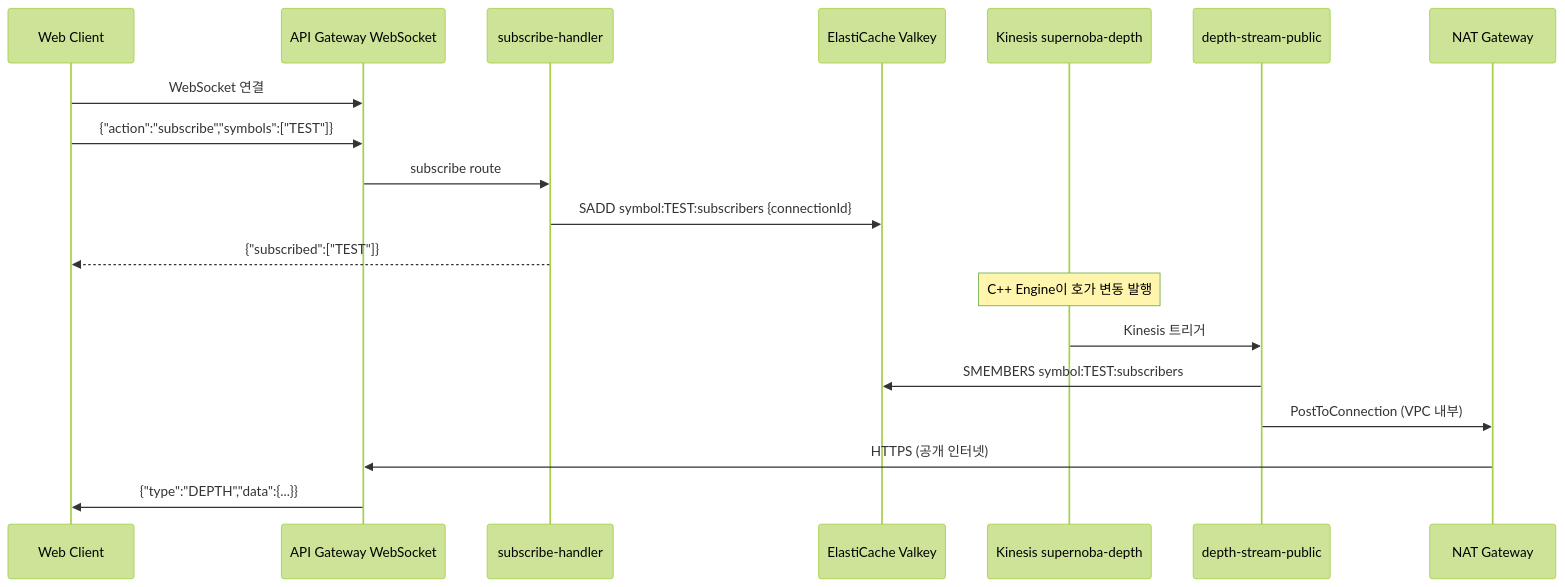
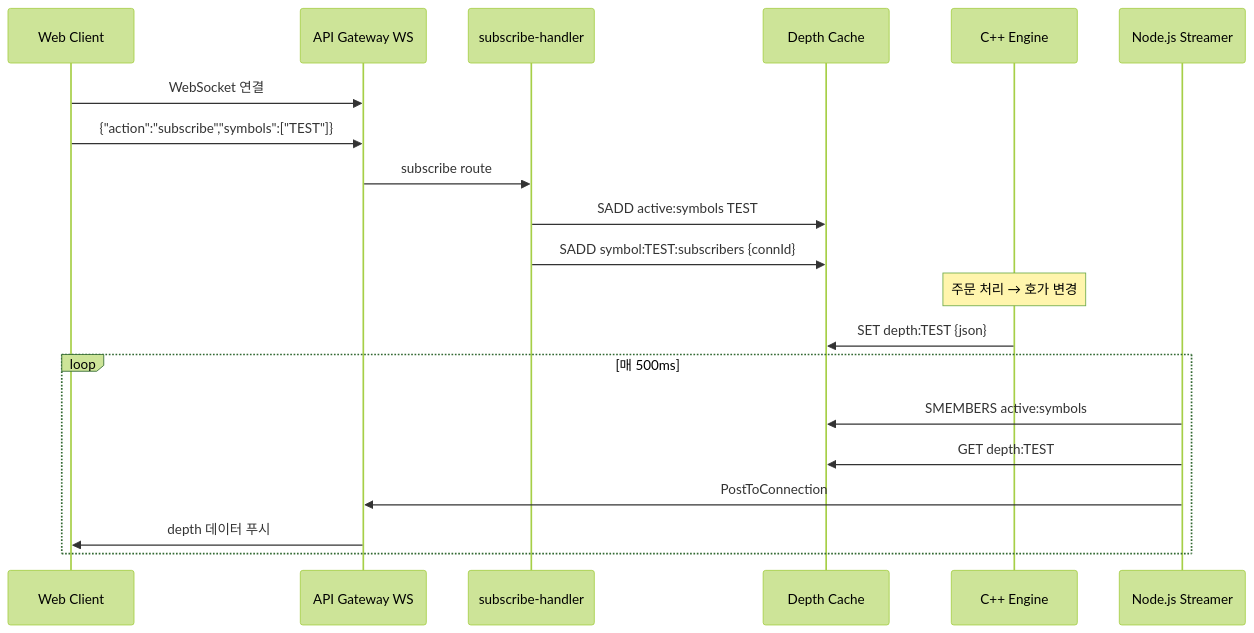
One commit to Ustock-Organization/Supeprnoba-Core changed the second of 9 diagrams in AWS_ARCHITECTURE.md. Above: the diagram before and after it, drawn with Mermaid (forest theme). The commit also changed other lines of this file and 14 other files, not shown here.

Commit message:
feat: Implement AWS Lambda handlers for disconnect, subscribe, and daily backup, add C++ market data handler and Node.js streamer, and update AWS documentation.

````diff
--- a/AWS_ARCHITECTURE.md
+++ b/AWS_ARCHITECTURE.md
@@ -119,23 +77,25 @@
 ```mermaid
 sequenceDiagram
     participant Client as Web Client
-    participant APIG as API Gateway WebSocket
+    participant APIG as API Gateway WS
     participant Subscribe as subscribe-handler
-    participant Valkey as ElastiCache Valkey
-    participant Kinesis as Kinesis supernoba-depth
-    participant Depth as depth-stream-public
-    participant NAT as NAT Gateway
+    participant Valkey as Depth Cache
+    participant Engine as C++ Engine
+    participant Streamer as Node.js Streamer
 
     Client->>APIG: WebSocket 연결
     Client->>APIG: {"action":"subscribe","symbols":["TEST"]}
     APIG->>Subscribe: subscribe route
-    Subscribe->>Valkey: SADD symbol:TEST:subscribers {connectionId}
-    Subscribe-->>Client: {"subscribed":["TEST"]}
-
-    Note over Kinesis: C++ Engine이 호가 변동 발행
-    Kinesis->>Depth: Kinesis 트리거
-    Depth->>Valkey: SMEMBERS symbol:TEST:subscribers
-    Depth->>NAT: PostToConnection (VPC 내부)
-    NAT->>APIG: HTTPS (공개 인터넷)
-    APIG->>Client: {"type":"DEPTH","data":{...}}
+    Subscribe->>Valkey: SADD active:symbols TEST
+    Subscribe->>Valkey: SADD symbol:TEST:subscribers {connId}
+    
+    Note over Engine: 주문 처리 → 호가 변경
+    Engine->>Valkey: SET depth:TEST {json}
+    
+    loop 매 500ms
+        Streamer->>Valkey: SMEMBERS active:symbols
+        Streamer->>Valkey: GET depth:TEST
+        Streamer->>APIG: PostToConnection
+        APIG->>Client: depth 데이터 푸시
+    end
 ```
````
